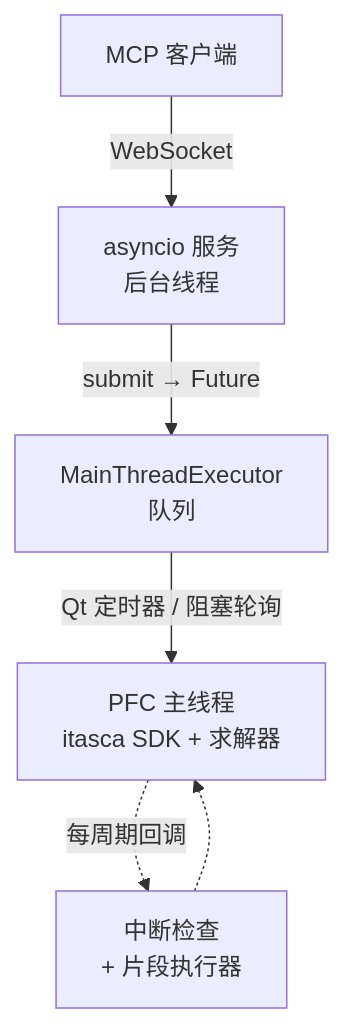
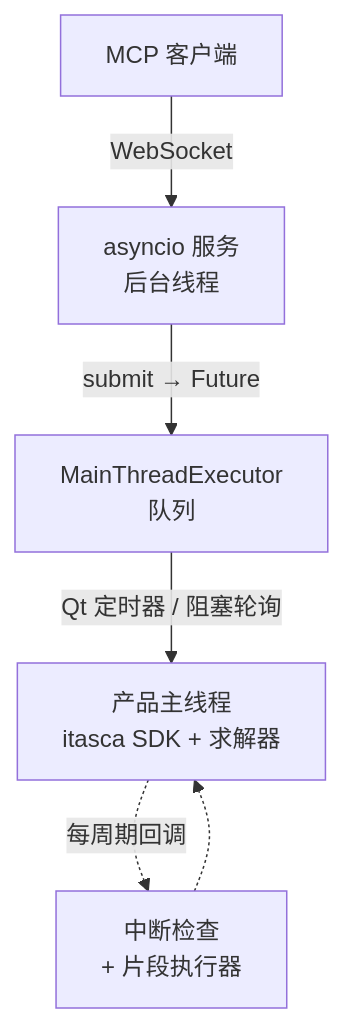
Before and after one commit to yusong652/itasca-mcp-bridge: the diagram in README.zh-CN.md, drawn with Mermaid. The commit also changed other lines of this file and 26 other files, not shown here.

````diff
--- a/README.zh-CN.md
+++ b/README.zh-CN.md
@@ -29,8 +29,8 @@
 ```mermaid
 flowchart TD
     C[MCP 客户端] -->|WebSocket| S[asyncio 服务<br/>后台线程]
     S -->|submit → Future| Q[MainThreadExecutor<br/>队列]
-    Q -->|Qt 定时器 / 阻塞轮询| M[PFC 主线程<br/>itasca SDK + 求解器]
+    Q -->|Qt 定时器 / 阻塞轮询| M[产品主线程<br/>itasca SDK + 求解器]
     M -.->|每周期回调| CB[中断检查<br/>+ 片段执行器]
     CB -.-> M
 ```
````
